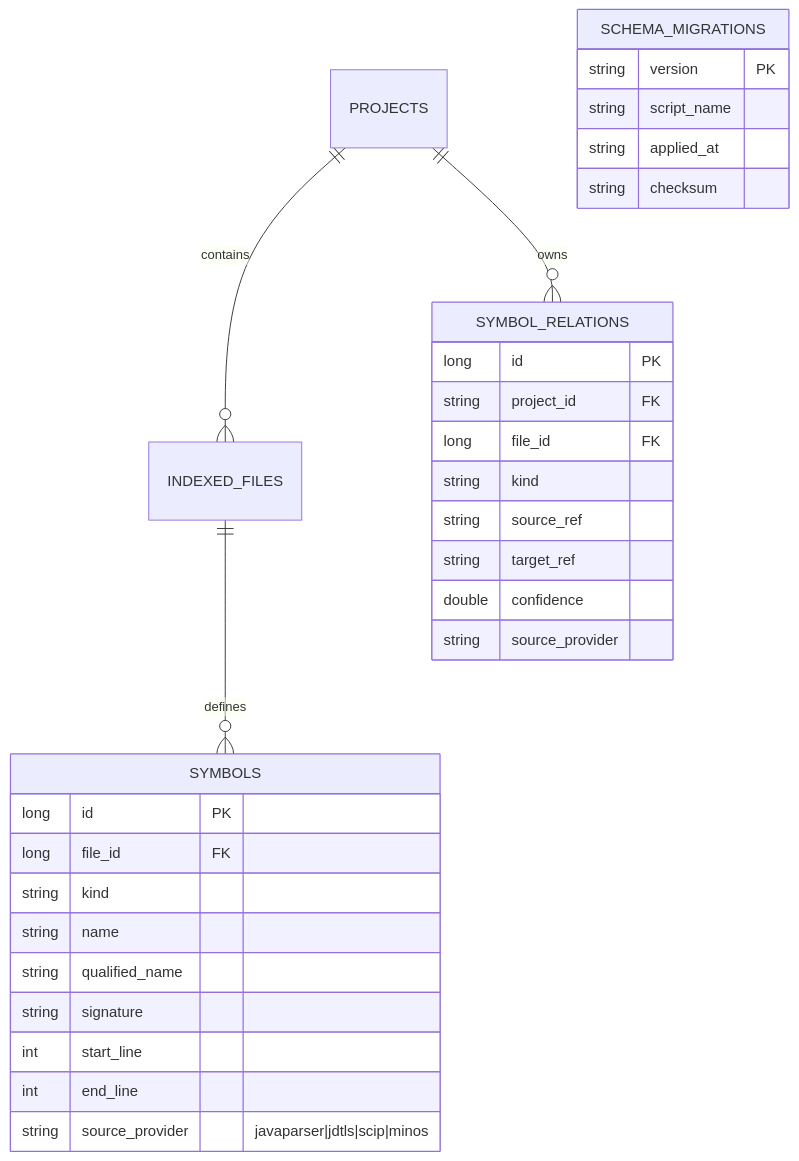
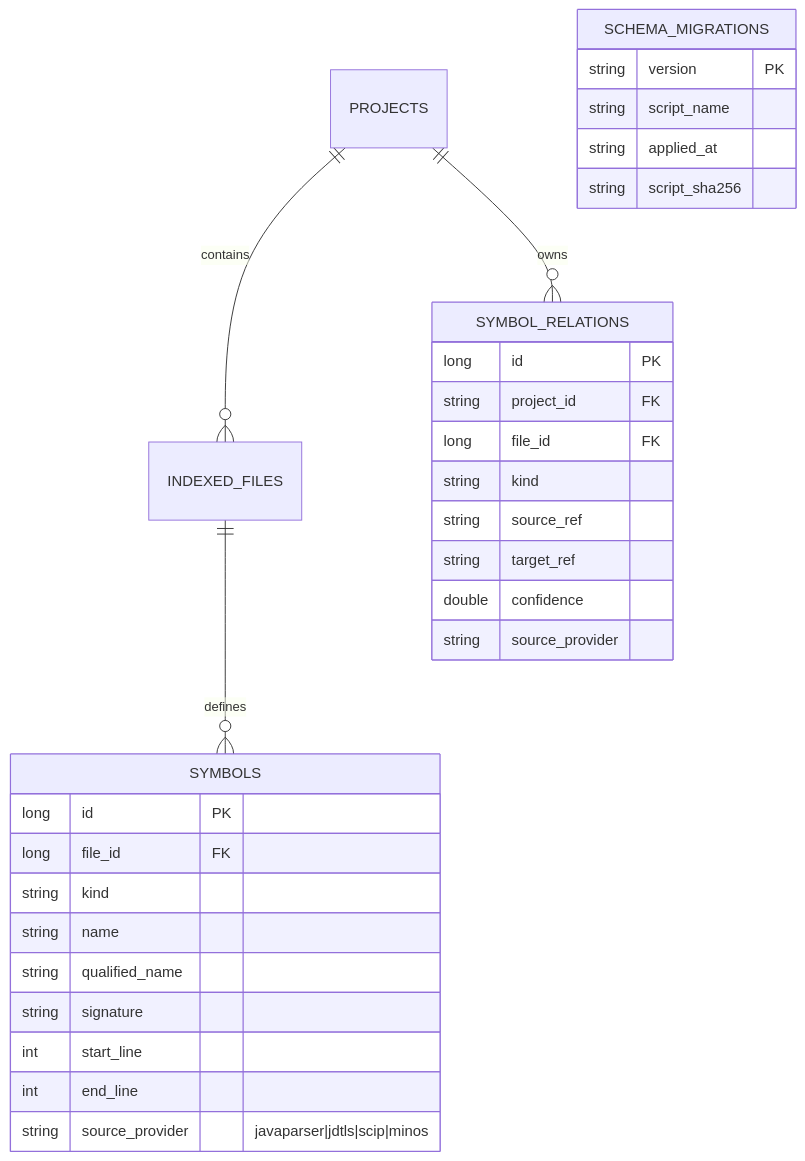
Before and after one commit to FTurleque/nexus-context-engine: the fourth of 4 diagrams in docs/architecture/arc42/05-vue-blocs.md, drawn with Mermaid.

Commit message:
docs(schema): use actual migration checksum column

````diff
--- a/docs/architecture/arc42/05-vue-blocs.md
+++ b/docs/architecture/arc42/05-vue-blocs.md
@@ -120,36 +120,36 @@
 ```mermaid
 erDiagram
     PROJECTS ||--o{ INDEXED_FILES : contains
     INDEXED_FILES ||--o{ SYMBOLS : defines
     PROJECTS ||--o{ SYMBOL_RELATIONS : owns
 
     SYMBOLS {
         long id PK
         long file_id FK
         string kind
         string name
         string qualified_name
         string signature
         int start_line
         int end_line
         string source_provider "javaparser|jdtls|scip|minos"
     }
 
     SYMBOL_RELATIONS {
         long id PK
         string project_id FK
         long file_id FK
         string kind
         string source_ref
         string target_ref
         double confidence
         string source_provider
     }
 
     SCHEMA_MIGRATIONS {
         string version PK
         string script_name
         string applied_at
-        string checksum
+        string script_sha256
     }
 ```
````
